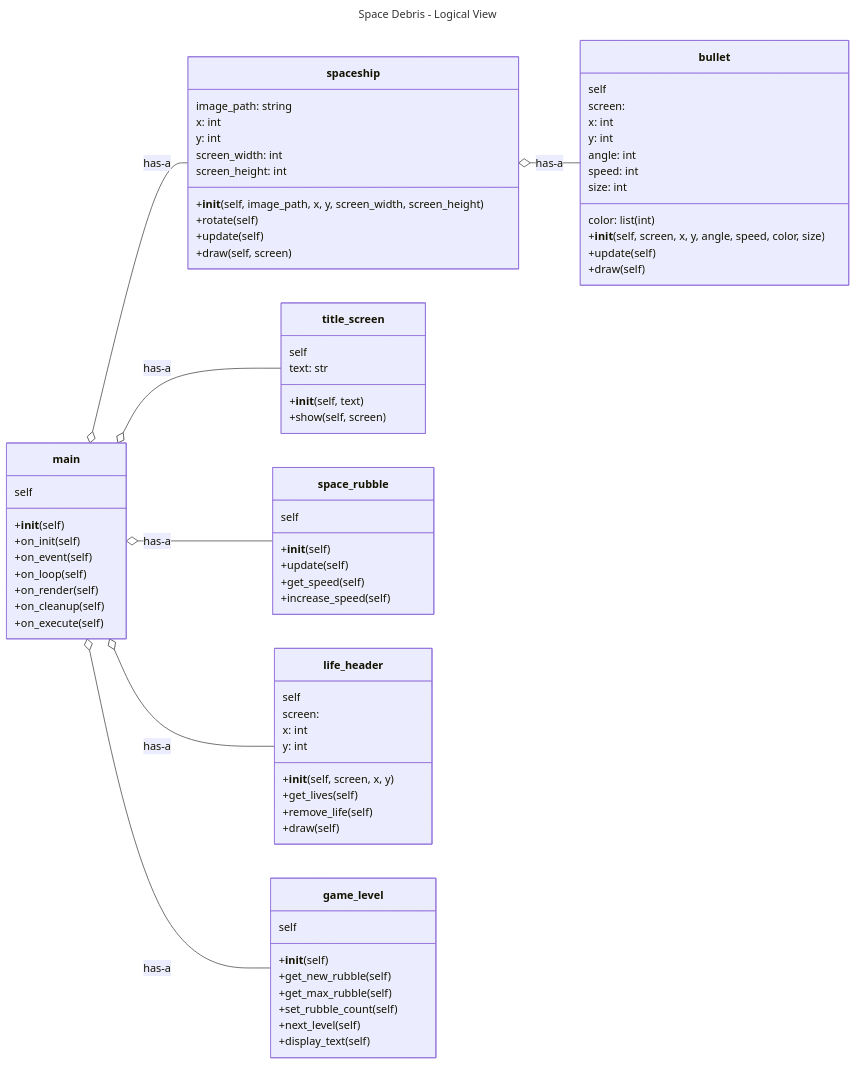
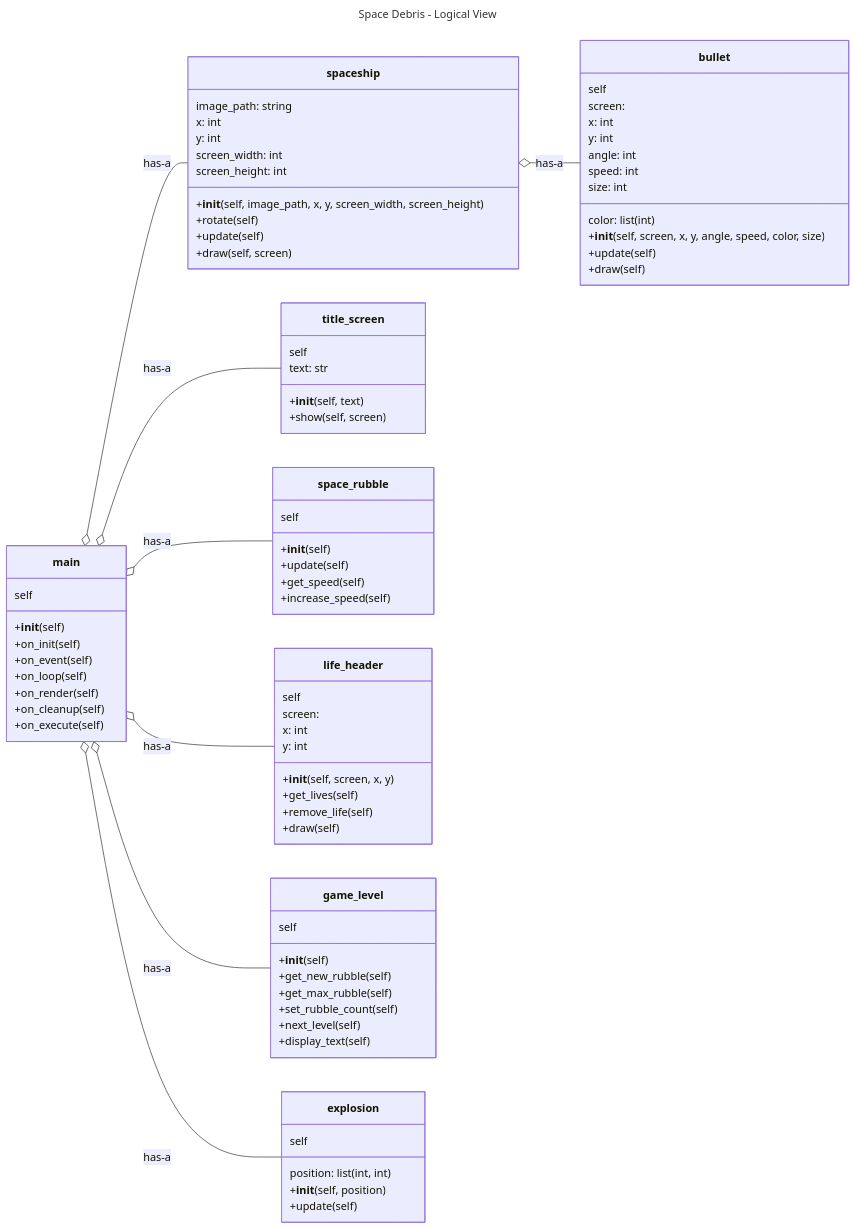
The first of 3 diagrams in README.md (mmehta2669/Final_Project_Group_2), drawn with Mermaid before and after one commit.

````diff
--- a/README.md
+++ b/README.md
@@ -79,6 +79,13 @@
   +display_text(self)
 }
 
+ class explosion {
+  self
+  position: list(int, int)
+  +__init__(self, position)
+  +update(self)
+}
+
  class main {
   self
   +__init__(self)
@@ -95,5 +102,6 @@
  main o-- title_screen : has-a
  main o-- life_header: has-a
  main o-- game_level: has-a
+ main o-- explosion: has-a
  spaceship o-- bullet : has-a
 ```
````
